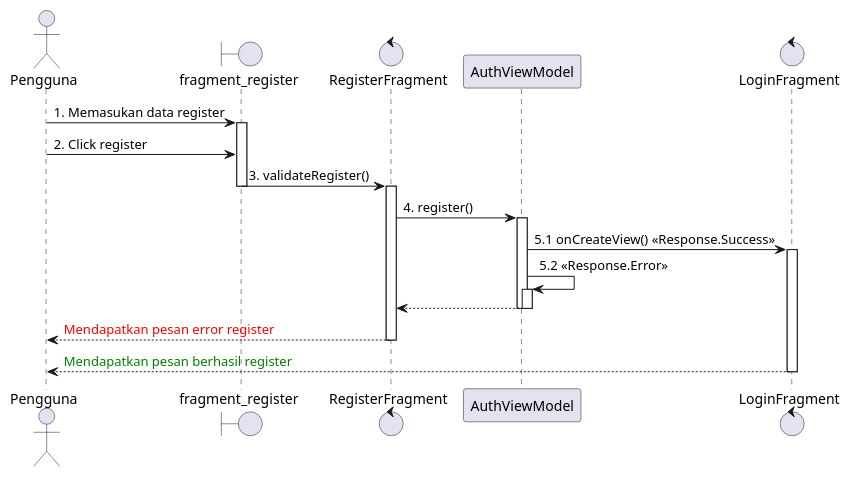
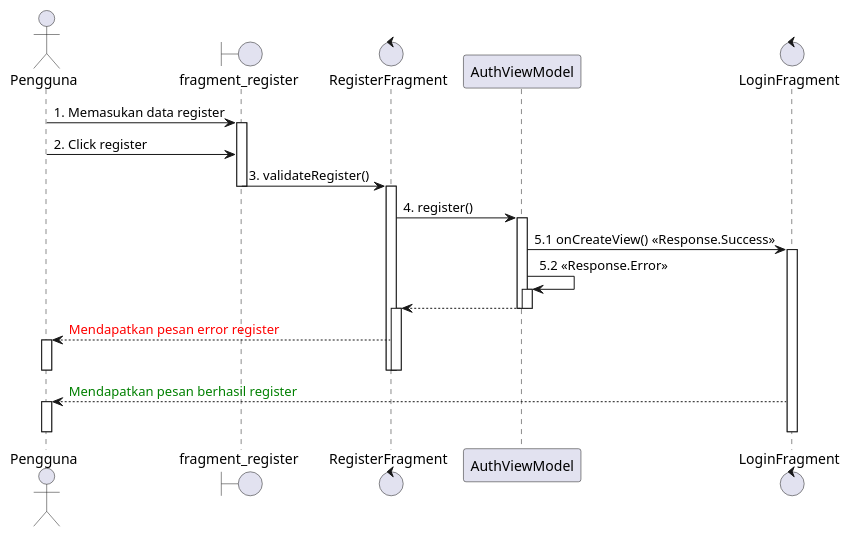
Before and after one commit to Pangeranmw/BurdaContractorAndroid: the diagram in app/src/main/java/com/android/burdacontractor/diagram/sequencediagram/RegisterSequence.puml, drawn with PlantUML. The commit also changed 33 other files, not shown here.

Commit message:
Sequence Diagram Done

```diff
--- a/app/src/main/java/com/android/burdacontractor/diagram/sequencediagram/RegisterSequence.puml
+++ b/app/src/main/java/com/android/burdacontractor/diagram/sequencediagram/RegisterSequence.puml
@@ -1,34 +1,41 @@
 @startuml
 'https://plantuml.com/sequence-diagram
 actor       Pengguna
 boundary    fragment_register
 control     RegisterFragment
 
 Pengguna -> fragment_register : 1. Memasukan data register
 activate fragment_register
 Pengguna -> fragment_register : 2. Click register
 
 fragment_register -> RegisterFragment : 3. validateRegister()
 deactivate fragment_register
 
 activate RegisterFragment
 RegisterFragment -> AuthViewModel : 4. register()
 activate AuthViewModel
 
 control LoginFragment
 AuthViewModel -> LoginFragment : 5.1 onCreateView() <<Response.Success>>
 activate LoginFragment
 
 AuthViewModel -> AuthViewModel : 5.2 <<Response.Error>>
 activate AuthViewModel
 RegisterFragment <-- AuthViewModel
 deactivate AuthViewModel
 deactivate AuthViewModel
 
+activate RegisterFragment
 Pengguna <-- RegisterFragment : <font color=red>Mendapatkan pesan error register
+activate Pengguna
+deactivate Pengguna
+deactivate RegisterFragment
 deactivate RegisterFragment
 
 Pengguna <-- LoginFragment :  <font color=green>Mendapatkan pesan berhasil register
+activate Pengguna
+deactivate Pengguna
+deactivate LoginFragment
 deactivate LoginFragment
 
 @enduml
```
